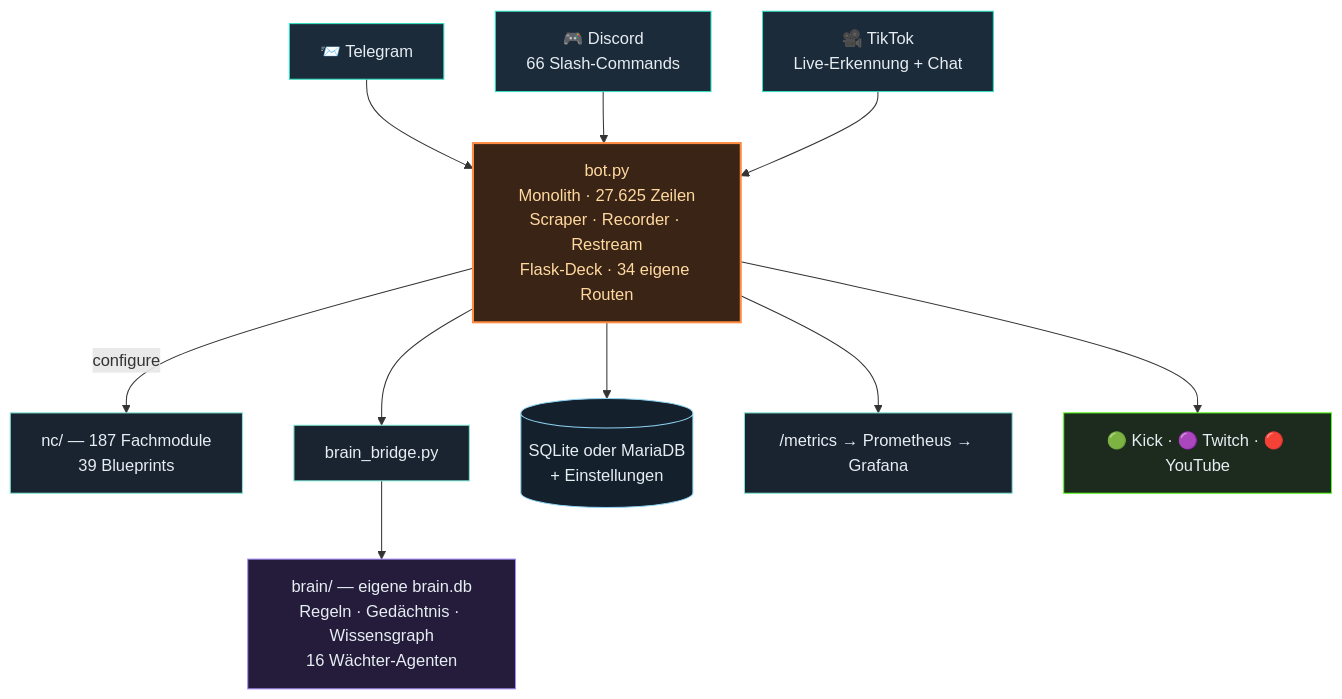
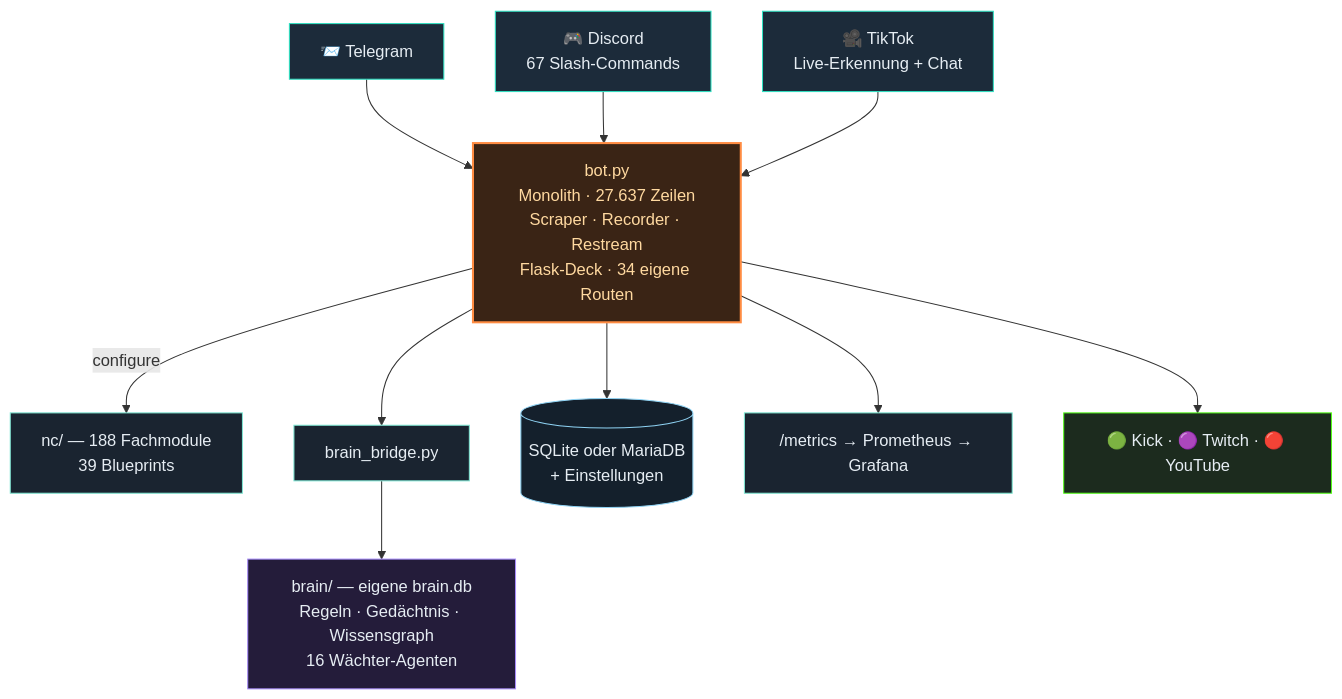
Before and after one commit to itsamemedev/Telegram-Stream-Info-Bot: the second of 3 diagrams in README.md, drawn with Mermaid. The commit also changed other lines of this file and 20 other files, not shown here.

````diff
--- a/README.md
+++ b/README.md
@@ -118,19 +118,19 @@
 ```mermaid
 flowchart TB
     TG["📨 Telegram"]:::ein --> BOT
-    DC["🎮 Discord<br/>66 Slash-Commands"]:::ein --> BOT
+    DC["🎮 Discord<br/>67 Slash-Commands"]:::ein --> BOT
     TT["🎥 TikTok<br/>Live-Erkennung + Chat"]:::ein --> BOT
-    BOT["bot.py<br/>Monolith · 27.625 Zeilen<br/>Scraper · Recorder · Restream<br/>Flask-Deck · 34 eigene Routen"]:::core
-    BOT -->|configure| NC["nc/ — 187 Fachmodule<br/>39 Blueprints"]:::lib
+    BOT["bot.py<br/>Monolith · 27.637 Zeilen<br/>Scraper · Recorder · Restream<br/>Flask-Deck · 34 eigene Routen"]:::core
+    BOT -->|configure| NC["nc/ — 188 Fachmodule<br/>39 Blueprints"]:::lib
     BOT --> BR["brain_bridge.py"]:::lib
     BR --> BRAIN["brain/ — eigene brain.db<br/>Regeln · Gedächtnis · Wissensgraph<br/>16 Wächter-Agenten"]:::brain
     BOT --> DB[("SQLite oder MariaDB<br/>+ Einstellungen")]:::db
     BOT --> PROM["/metrics → Prometheus → Grafana"]:::lib
     BOT --> OUT["🟢 Kick · 🟣 Twitch · 🔴 YouTube"]:::out
     classDef ein fill:#1c2b3a,stroke:#2de1c2,color:#e6edf3
     classDef core fill:#3a2415,stroke:#ff8c42,stroke-width:2px,color:#ffd9a0
     classDef lib fill:#1a2430,stroke:#7fe7d4,color:#e6edf3
     classDef brain fill:#241c3a,stroke:#a78bfa,color:#e6edf3
     classDef db fill:#14202c,stroke:#8fd3f4,color:#e6edf3
     classDef out fill:#1c2b1e,stroke:#53fc18,color:#e6edf3
 ```
````
